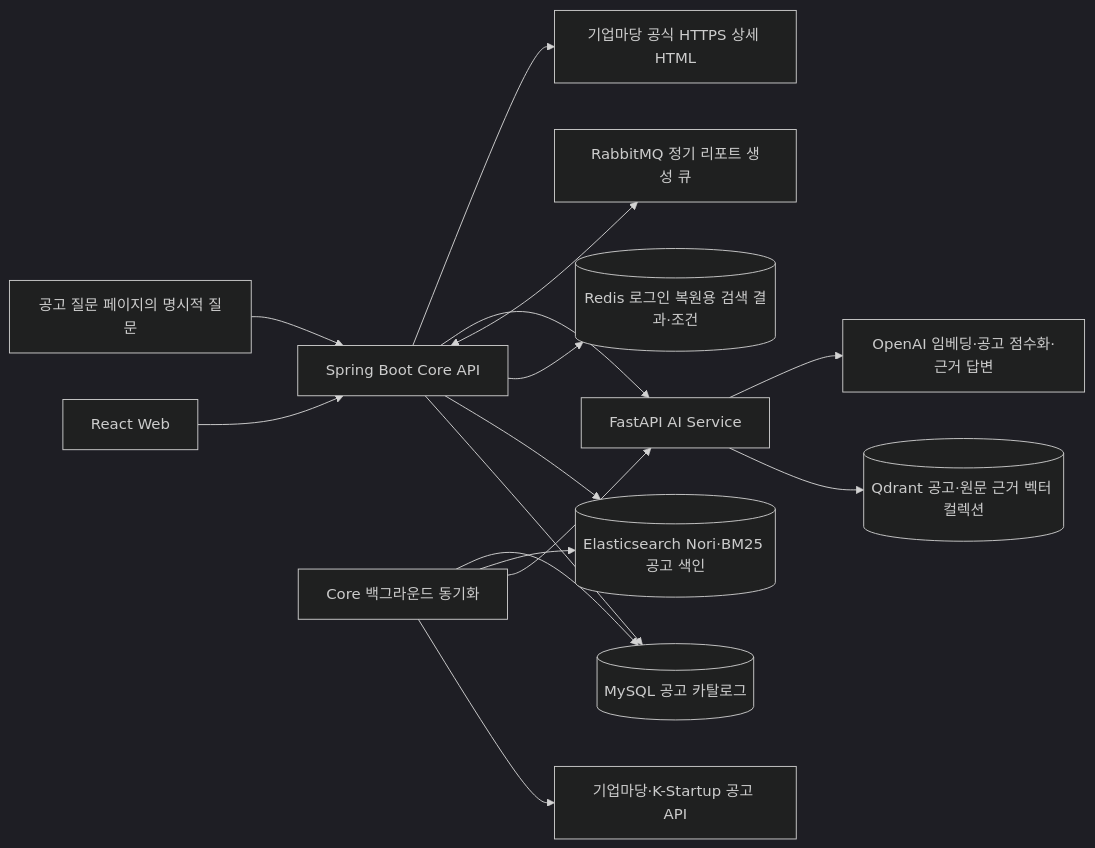
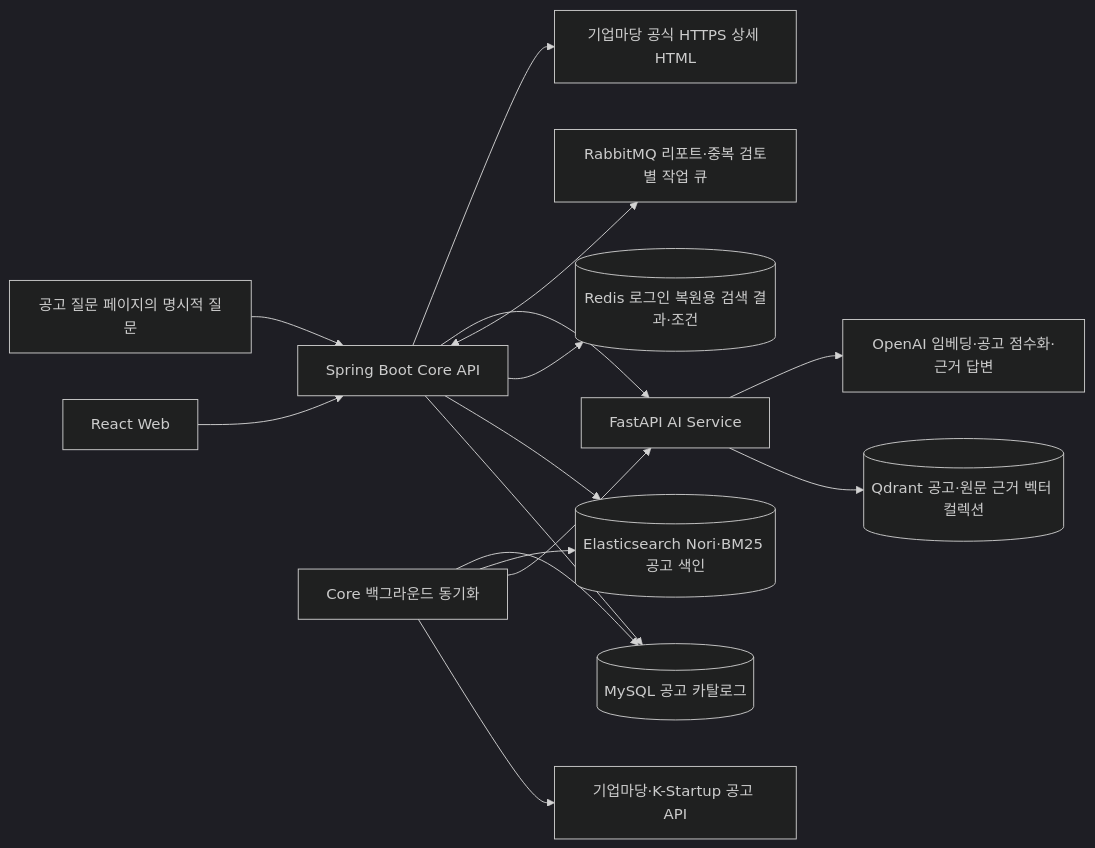
One commit to Genus-Jae/SKN34-3rd-1Team changed the diagram in docs/architecture/README.md. Above: the diagram before and after it, drawn with Mermaid (dark theme). The commit also changed other lines of this file and 46 other files, not shown here.

````diff
--- a/docs/architecture/README.md
+++ b/docs/architecture/README.md
@@ -17,17 +17,17 @@
 ```mermaid
 flowchart LR
     Web[React Web] --> Core[Spring Boot Core API]
     Core --> DB[(MySQL 공고 카탈로그)]
     Core --> Lexical[(Elasticsearch Nori·BM25 공고 색인)]
     Core --> Redis[(Redis 로그인 복원용 검색 결과·조건)]
-    Core <--> RabbitMQ[RabbitMQ 정기 리포트 생성 큐]
+    Core <--> RabbitMQ[RabbitMQ 리포트·중복 검토별 작업 큐]
     Core --> AI[FastAPI AI Service]
     AI --> Vector[(Qdrant 공고·원문 근거 벡터 컬렉션)]
     AI --> OpenAI[OpenAI 임베딩·공고 점수화·근거 답변]
     Sync[Core 백그라운드 동기화] --> Source[기업마당·K-Startup 공고 API]
     Sync --> AI
     Sync --> Lexical
     Sync --> DB
     EvidenceQuestion[공고 질문 페이지의 명시적 질문] --> Core
     Core --> DetailSource[기업마당 공식 HTTPS 상세 HTML]
 ```
````
